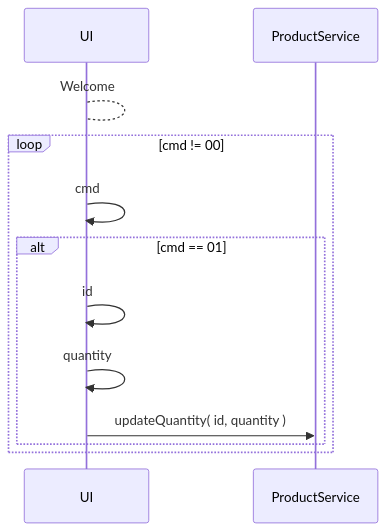
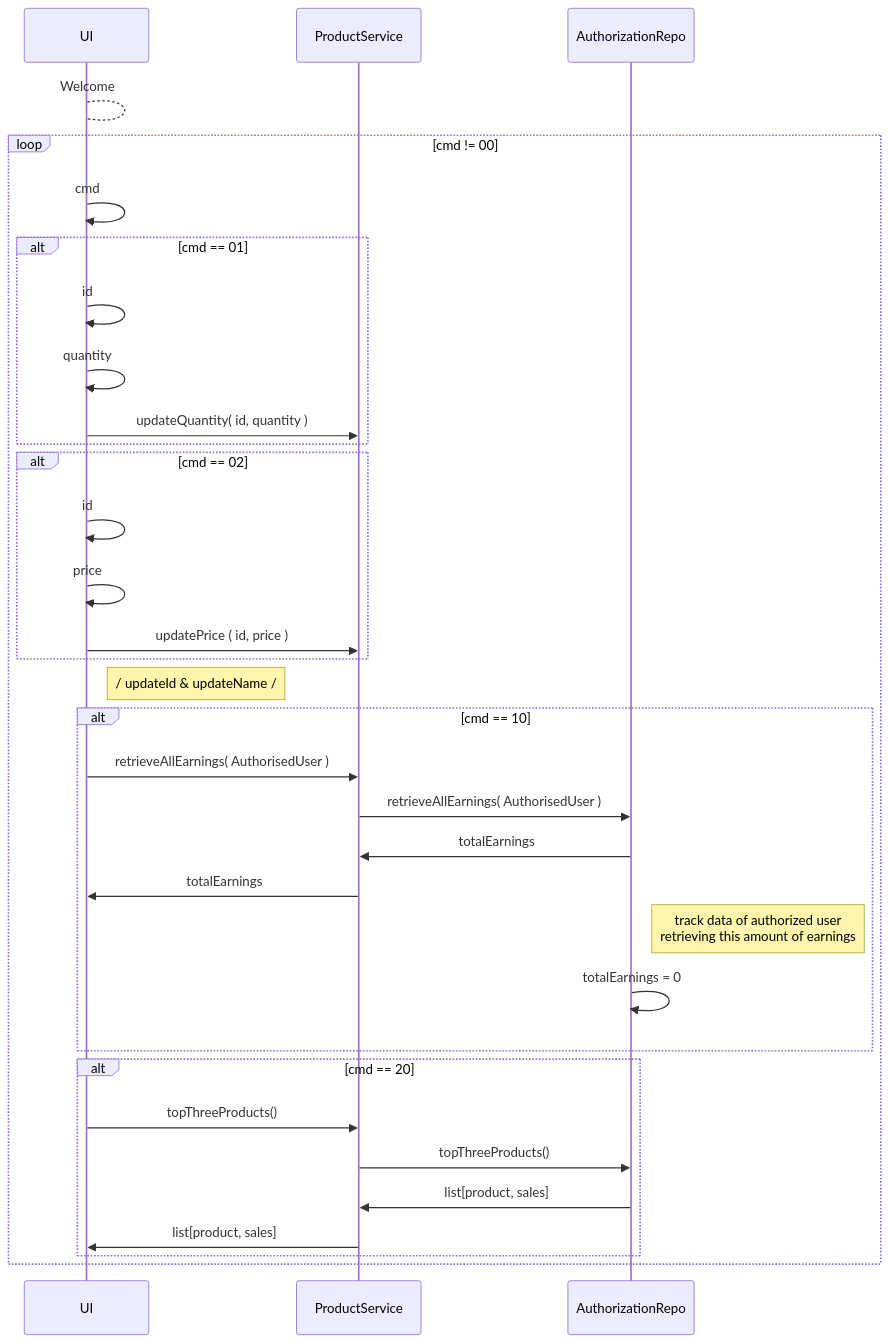
Before and after one commit to Apameus/Vending_Machine: the fifth of 5 diagrams in README.md, drawn with Mermaid. The commit also changed other lines of this file, not shown here.

Commit message:
Command Docs added

````diff
--- a/README.md
+++ b/README.md
@@ -130,15 +131,39 @@
 ```mermaid
 sequenceDiagram
 participant UI
 participant PS as ProductService
+participant AR as AuthorizationRepo
         
 UI --> UI: Welcome
 loop cmd != 00
     UI ->> UI: cmd
     alt cmd == 01
         UI ->> UI: id
         UI ->> UI: quantity
         UI ->> PS: updateQuantity( id, quantity )
     end
+    alt cmd == 02
+        UI ->> UI: id
+        UI ->> UI: price
+        UI ->> PS: updatePrice ( id, price )
+    end
+        
+    Note right of UI: / updateId & updateName /
+        
+    alt cmd == 10
+        UI ->> PS: retrieveAllEarnings( AuthorisedUser )
+        PS ->> AR: retrieveAllEarnings( AuthorisedUser )
+        AR ->> PS: totalEarnings
+        PS ->> UI: totalEarnings
+        Note right of AR: track data of authorized user <br> retrieving this amount of earnings 
+        AR ->> AR: totalEarnings = 0
+    end
+        
+    alt cmd == 20
+            UI ->> PS: topThreeProducts()
+            PS ->> AR: topThreeProducts()
+            AR ->> PS: list[product, sales]
+            PS ->> UI: list[product, sales]
+    end
 end
 ```
````
